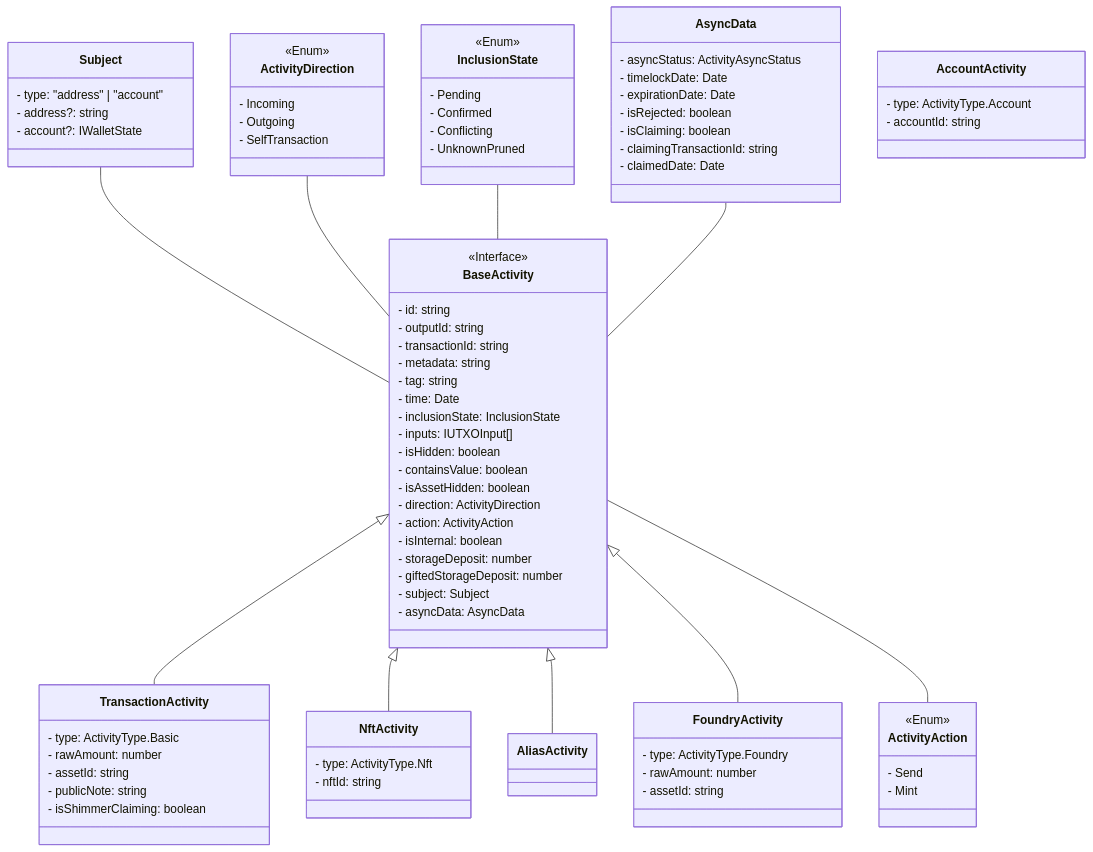
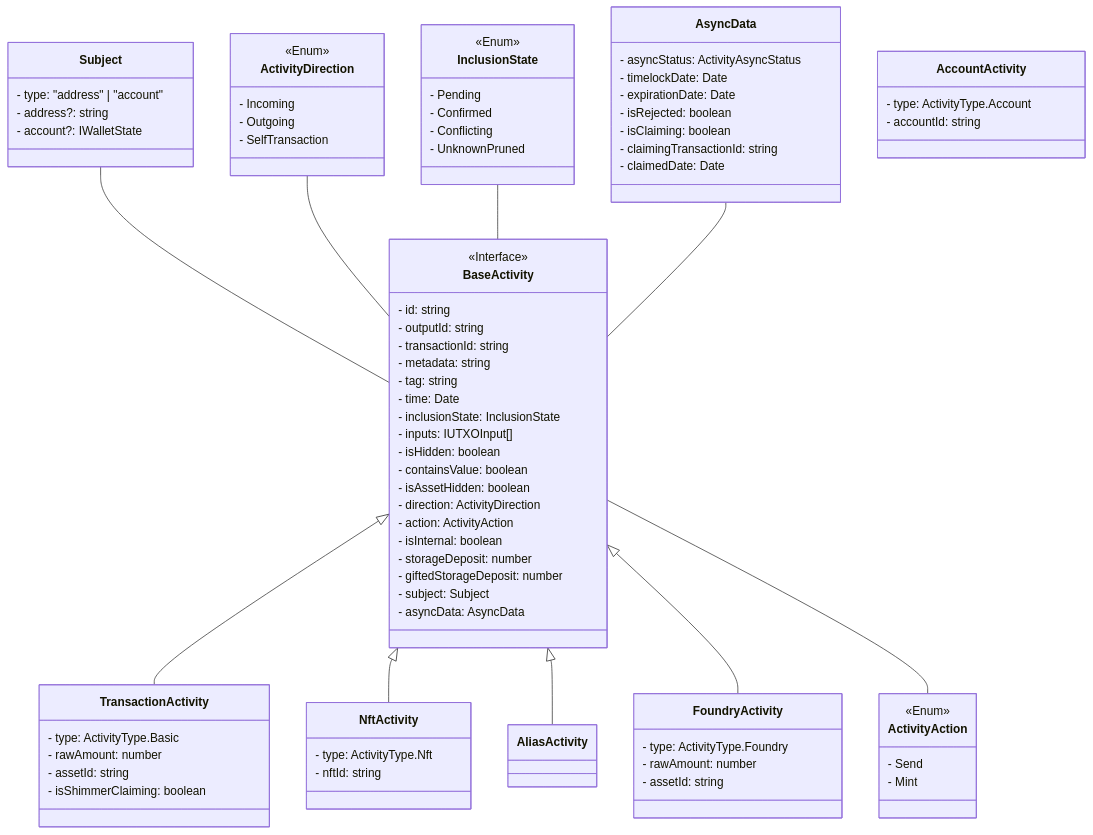
Before and after one commit to iotaledger/firefly: the diagram in docs/specifications/activities/class-diagram.md, drawn with Mermaid. The commit also changed 34 other files, not shown here.

```diff
--- a/docs/specifications/activities/class-diagram.md
+++ b/docs/specifications/activities/class-diagram.md
@@ -42,7 +42,6 @@
         - type: ActivityType.Basic
         - rawAmount: number
         - assetId: string
-        - publicNote: string
         - isShimmerClaiming: boolean
     }
     class Nft Activity {
```
